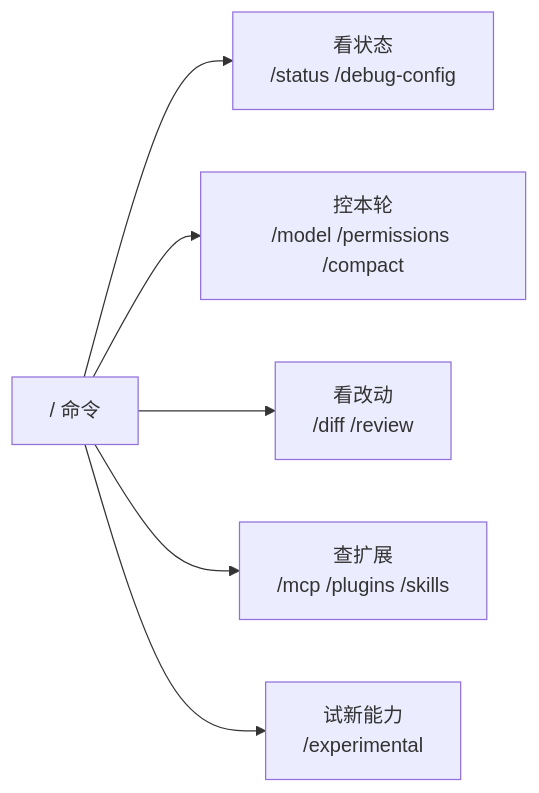
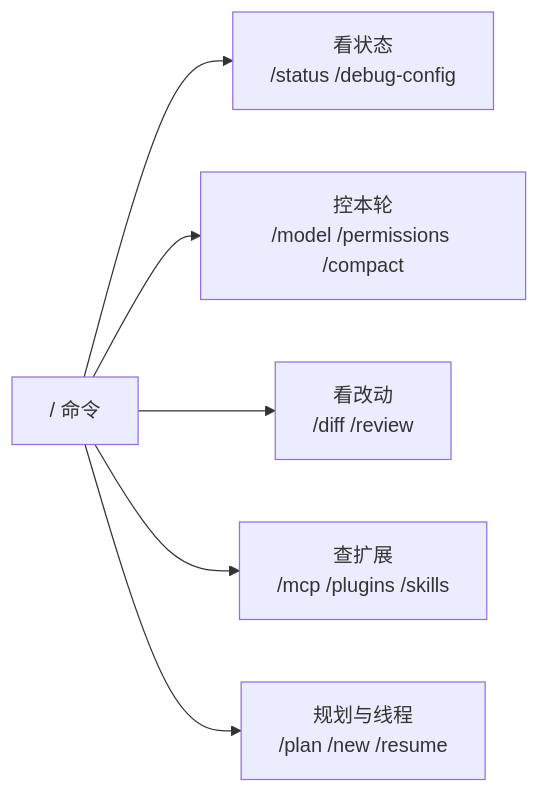
One commit to HN2461/first-fullstack-vue-blog changed the fourth of 6 diagrams in output/AI工具/终端Agent流/Codex/第一篇：Codex-CLI-第一日开发实战.md. Above: the diagram before and after it, drawn with Mermaid. The commit also changed other lines of this file and 38 other files, not shown here.

````diff
--- a/output/AI工具/终端Agent流/Codex/第一篇：Codex-CLI-第一日开发实战.md
+++ b/output/AI工具/终端Agent流/Codex/第一篇：Codex-CLI-第一日开发实战.md
@@ -224,8 +224,8 @@
 ```mermaid
 flowchart LR
   A["/ 命令"] --> B["看状态<br/>/status /debug-config"]
   A --> C["控本轮<br/>/model /permissions /compact"]
   A --> D["看改动<br/>/diff /review"]
   A --> E["查扩展<br/>/mcp /plugins /skills"]
-  A --> F["试新能力<br/>/experimental"]
+  A --> F["规划与线程<br/>/plan /new /resume"]
 ```
````
